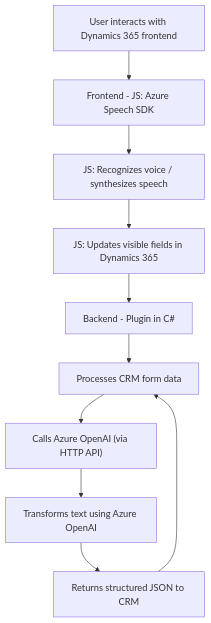
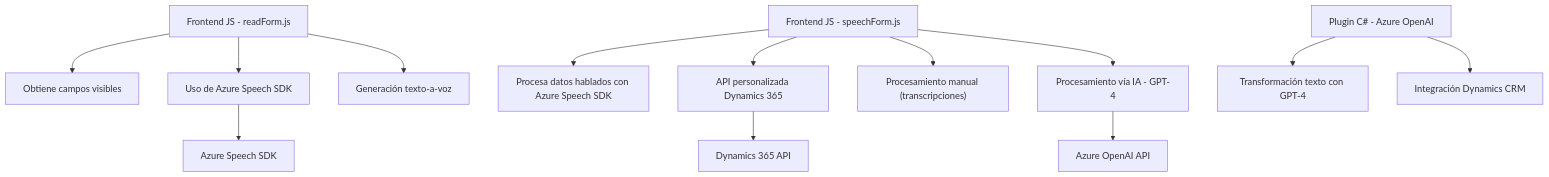
One commit to blopezdm/NETCORE_BILBAO2025 changed the diagram in README.md. Above: the diagram before and after it, drawn with Mermaid. The commit also changed other lines of this file, not shown here.

Commit message:
Actualizar análisis global de la solución con IA

````diff
--- a/README.md
+++ b/README.md
@@ -34,22 +41,18 @@
 ```mermaid
 graph TD
-    A["User interacts with Dynamics 365 frontend"]
-    B["Frontend - JS: Azure Speech SDK"]
-    C["JS: Recognizes voice / synthesizes speech"]
-    D["JS: Updates visible fields in Dynamics 365"]
-    E["Calls Azure OpenAI (via HTTP API)"]
-    F["Backend - Plugin in C#"]
-    G["Processes CRM form data"]
-    H["Transforms text using Azure OpenAI"]
-    I["Returns structured JSON to CRM"]
-
-    A --> B
-    B --> C
-    C --> D
-    D --> F
-    F --> G
-    G --> E
-    E --> H
-    H --> I
-    I --> G
+    A["Frontend JS - readForm.js"] --> B["Obtiene campos visibles"]
+    A --> C["Uso de Azure Speech SDK"]
+    A --> D["Generación texto-a-voz"]
+    
+    E["Frontend JS - speechForm.js"] --> F["Procesa datos hablados con Azure Speech SDK"]
+    E --> G["API personalizada Dynamics 365"]
+    E --> H["Procesamiento manual (transcripciones)"]
+    E --> I["Procesamiento vía IA - GPT-4"]
+    
+    J["Plugin C# - Azure OpenAI"] --> K["Transformación texto con GPT-4"]
+    J --> L["Integración Dynamics CRM"]
+    
+    C --> M["Azure Speech SDK"]
+    G --> N["Dynamics 365 API"]
+    I --> O["Azure OpenAI API"]
 ```
````
